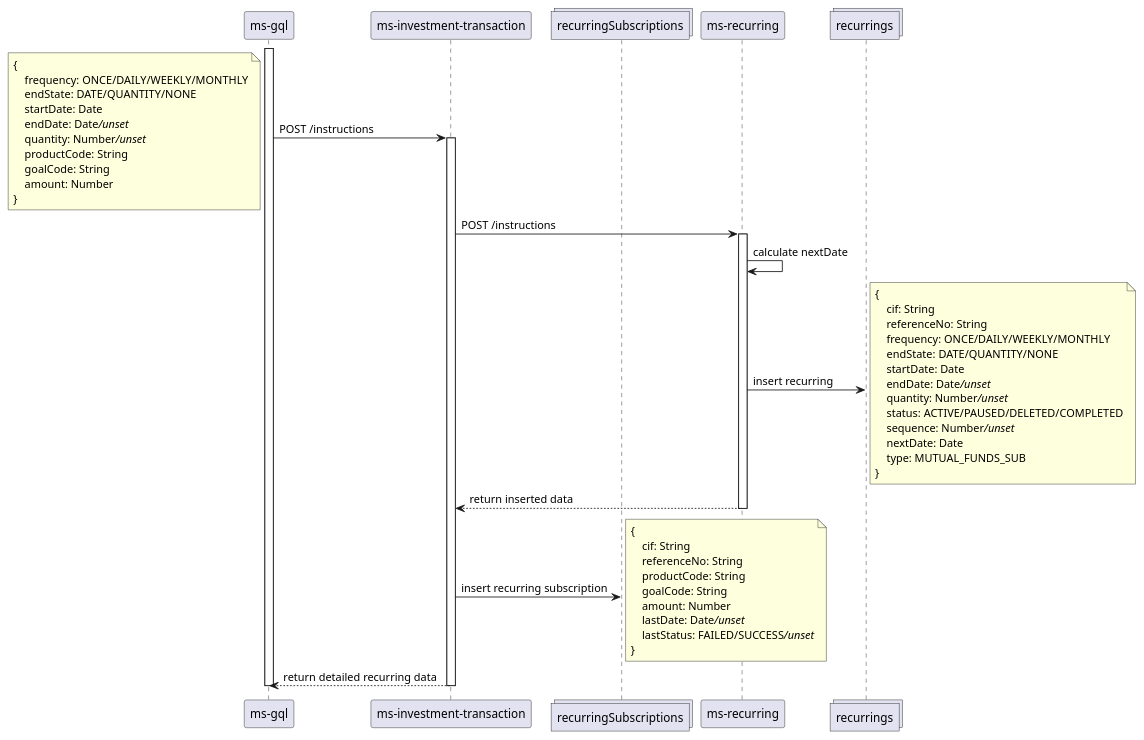
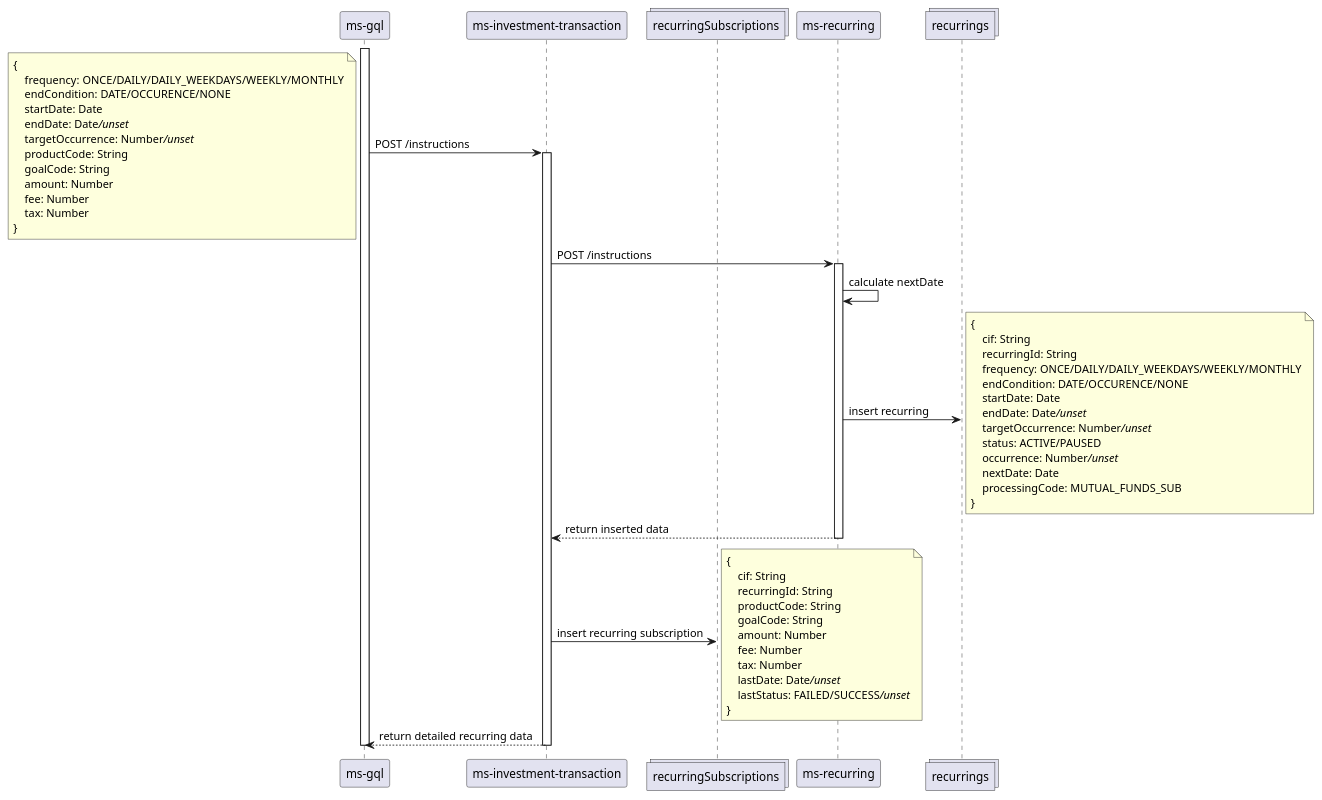
Before and after one commit to iksena/jenius-uml: the diagram in mfRecurring.puml, drawn with PlantUML. The commit also changed 1 other file, not shown here.

```diff
--- a/mfRecurring.puml
+++ b/mfRecurring.puml
@@ -1,61 +1,65 @@
 @startuml mutual funds recurring
 
 participant "ms-gql" as mg
 participant "ms-investment-transaction" as mit
 collections "recurringSubscriptions" as recSubs
 participant "ms-recurring" as mr
 collections "recurrings" as recs
 
 activate mg
 mg -> mit: POST /instructions
 note left
 { 
-    frequency: ONCE/DAILY/WEEKLY/MONTHLY
-    endState: DATE/QUANTITY/NONE
+    frequency: ONCE/DAILY/DAILY_WEEKDAYS/WEEKLY/MONTHLY
+    endCondition: DATE/OCCURENCE/NONE
     startDate: Date
     endDate: Date///unset//
-    quantity: Number///unset//
+    targetOccurrence: Number///unset//
     productCode: String
     goalCode: String
     amount: Number
+    fee: Number
+    tax: Number
 }
 end note
 activate mit
 mit -> mr: POST /instructions
 activate mr
 mr -> mr: calculate nextDate
 mr -> recs: insert recurring
 note right
 { 
     cif: String
-    referenceNo: String
-    frequency: ONCE/DAILY/WEEKLY/MONTHLY
-    endState: DATE/QUANTITY/NONE
+    recurringId: String
+    frequency: ONCE/DAILY/DAILY_WEEKDAYS/WEEKLY/MONTHLY
+    endCondition: DATE/OCCURENCE/NONE
     startDate: Date
     endDate: Date///unset//
-    quantity: Number///unset//
-    status: ACTIVE/PAUSED/DELETED/COMPLETED
-    sequence: Number///unset//
+    targetOccurrence: Number///unset//
+    status: ACTIVE/PAUSED
+    occurrence: Number///unset//
     nextDate: Date
-    type: MUTUAL_FUNDS_SUB
+    processingCode: MUTUAL_FUNDS_SUB
 }
 end note
 mr --> mit: return inserted data
 deactivate mr
 mit-> recSubs: insert recurring subscription
 note right
 { 
     cif: String
-    referenceNo: String
+    recurringId: String
     productCode: String
     goalCode: String
     amount: Number
+    fee: Number
+    tax: Number
     lastDate: Date///unset//
     lastStatus: FAILED/SUCCESS///unset//
 }
 end note
 mit --> mg: return detailed recurring data
 deactivate mit
 deactivate mg
 
 @enduml
```
